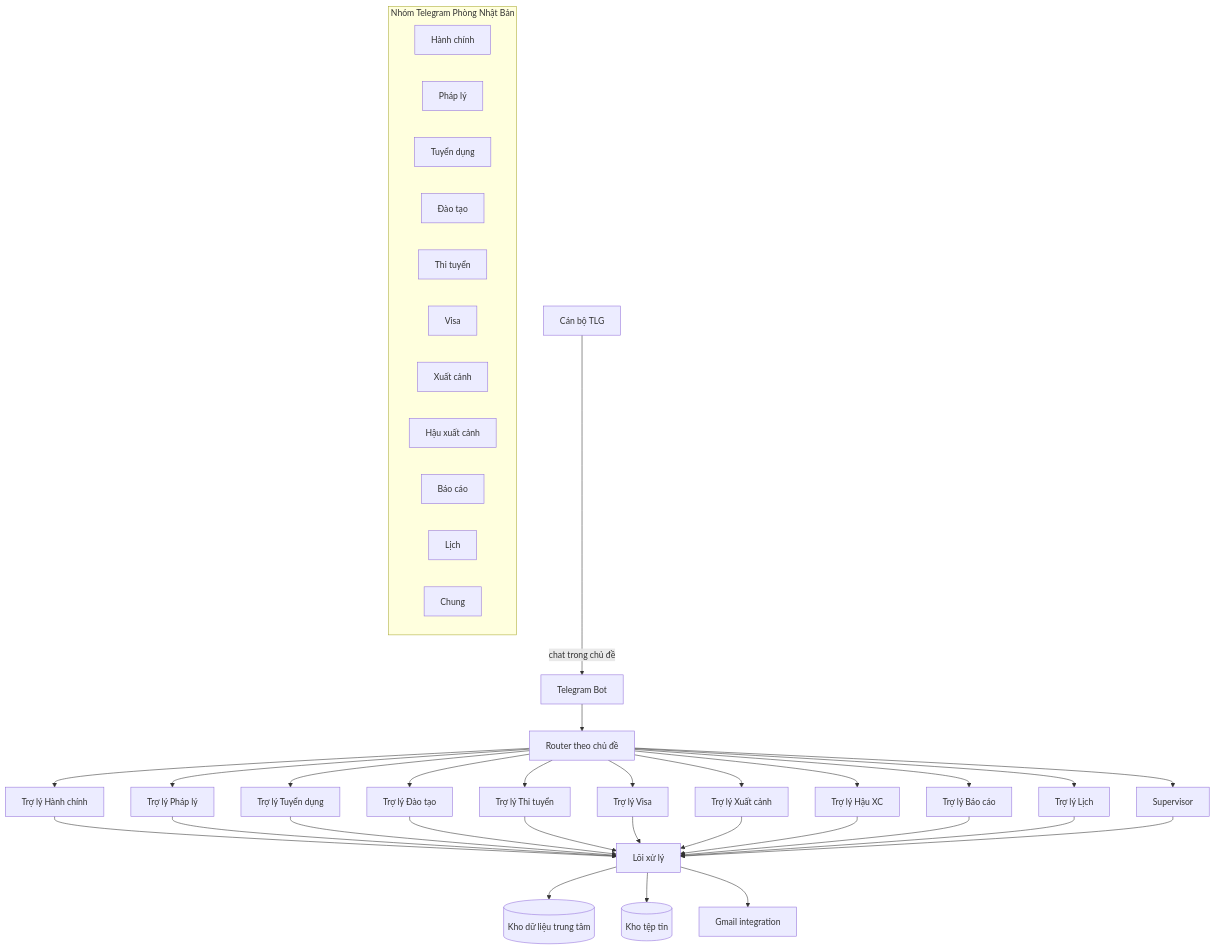
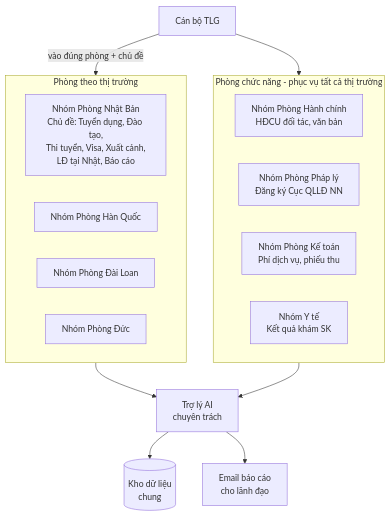
The first of 3 diagrams in docs/phuong-an-cho-khach.md (TungND2k2/xhr_demo), drawn with Mermaid before and after one commit. The commit also changed other lines of this file and 4 other files, not shown here.

First line of the commit message:
Phase 1: Agents + TelegramTopics collections for multi-agent config

````diff
--- a/docs/phuong-an-cho-khach.md
+++ b/docs/phuong-an-cho-khach.md
@@ -183,37 +33,27 @@
 ```mermaid
 flowchart TB
     User[Cán bộ TLG]
-    User -->|chat trong chủ đề| TG[Telegram Bot]
 
-    subgraph SupergroupND[Nhóm Telegram Phòng Nhật Bản]
-        T1[Hành chính]
-        T2[Pháp lý]
-        T3[Tuyển dụng]
-        T4[Đào tạo]
-        T5[Thi tuyển]
-        T6[Visa]
-        T7[Xuất cảnh]
-        T8[Hậu xuất cảnh]
-        T9[Báo cáo]
-        T10[Lịch]
-        T11[Chung]
+    subgraph Market[Phòng theo thị trường]
+        N[Nhóm Phòng Nhật Bản<br/>Chủ đề: Tuyển dụng, Đào tạo,<br/>Thi tuyển, Visa, Xuất cảnh,<br/>LĐ tại Nhật, Báo cáo]
+        K[Nhóm Phòng Hàn Quốc]
+        D[Nhóm Phòng Đài Loan]
+        G[Nhóm Phòng Đức]
     end
 
-    TG --> Router[Router theo chủ đề]
-    Router --> A1[Trợ lý Hành chính]
-    Router --> A2[Trợ lý Pháp lý]
-    Router --> A3[Trợ lý Tuyển dụng]
-    Router --> A4[Trợ lý Đào tạo]
-    Router --> A5[Trợ lý Thi tuyển]
-    Router --> A6[Trợ lý Visa]
-    Router --> A7[Trợ lý Xuất cảnh]
-    Router --> A8[Trợ lý Hậu XC]
-    Router --> A9[Trợ lý Báo cáo]
-    Router --> A10[Trợ lý Lịch]
-    Router --> A11[Supervisor]
+    subgraph Function[Phòng chức năng - phục vụ tất cả thị trường]
+        HC[Nhóm Phòng Hành chính<br/>HĐCU đối tác, văn bản]
+        PL[Nhóm Phòng Pháp lý<br/>Đăng ký Cục QLLĐ NN]
+        KT[Nhóm Phòng Kế toán<br/>Phí dịch vụ, phiếu thu]
+        YT[Nhóm Y tế<br/>Kết quả khám SK]
+    end
 
-    A1 & A2 & A3 & A4 & A5 & A6 & A7 & A8 & A9 & A10 & A11 --> Core[Lõi xử lý]
-    Core --> DB[(Kho dữ liệu trung tâm)]
-    Core --> Storage[(Kho tệp tin)]
-    Core --> Email[Gmail integration]
+    User -->|vào đúng phòng + chủ đề| Market
+    User --> Function
+
+    Market --> Agents[Trợ lý AI<br/>chuyên trách]
+    Function --> Agents
+
+    Agents --> DB[(Kho dữ liệu<br/>chung)]
+    Agents --> Email[Email báo cáo<br/>cho lãnh đạo]
 ```
````
